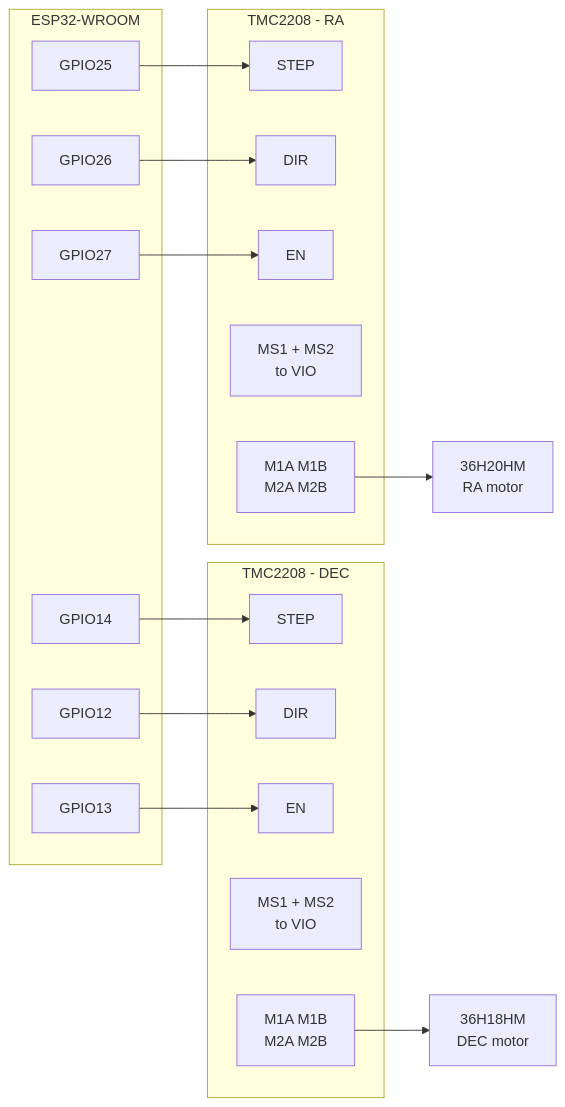
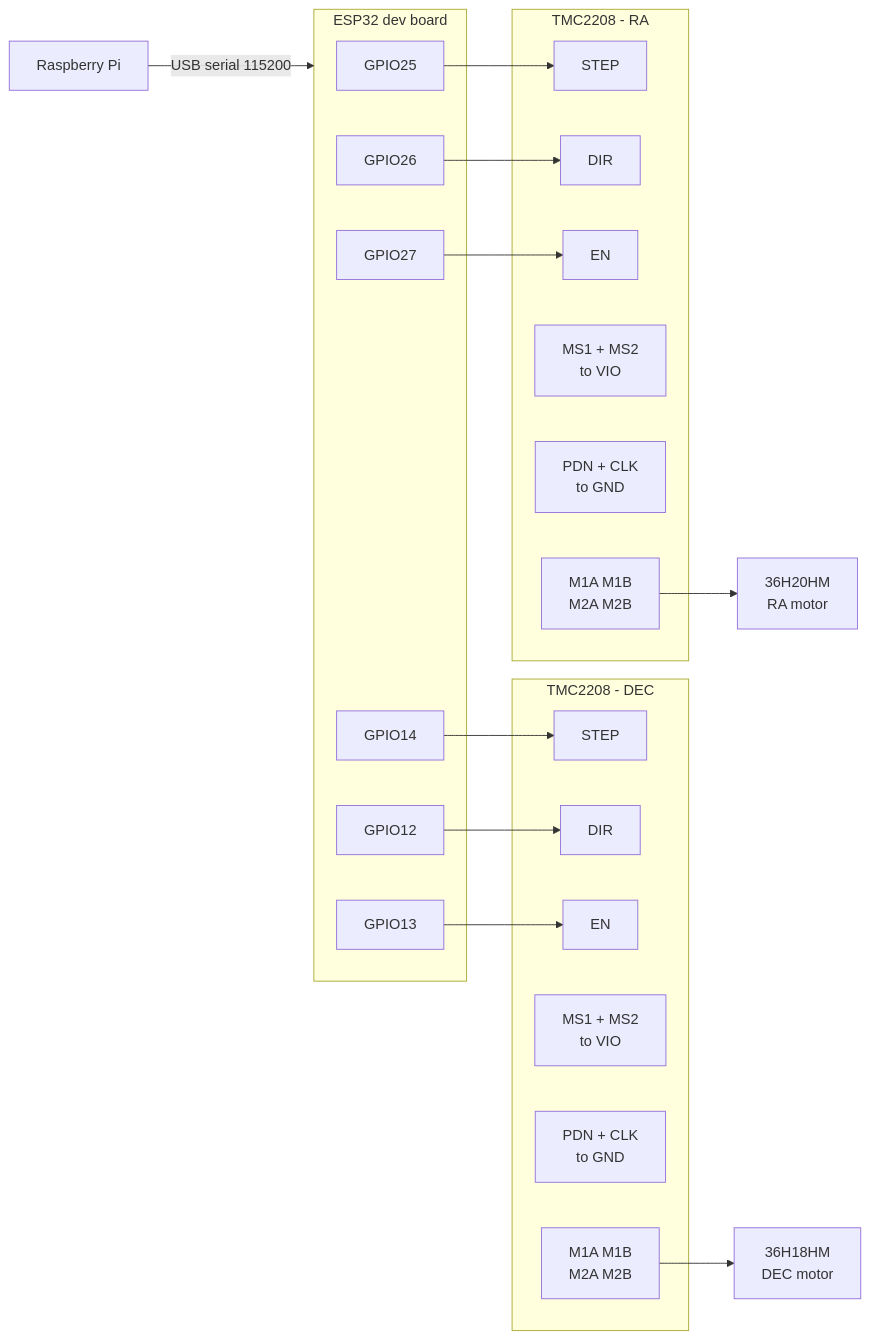
One commit to 0denko/AstroDrive changed the second of 2 diagrams in HARDWARE.md. Above: the diagram before and after it, drawn with Mermaid. The commit also changed other lines of this file, not shown here.

````diff
--- a/HARDWARE.md
+++ b/HARDWARE.md
@@ -72,33 +76,36 @@
 ```mermaid
 graph LR
-  subgraph ESP["ESP32-WROOM"]
+  PI["Raspberry Pi"] -->|"USB serial 115200"| ESP
+  subgraph ESP["ESP32 dev board"]
     P25["GPIO25"]
     P26["GPIO26"]
     P27["GPIO27"]
     P14["GPIO14"]
     P12["GPIO12"]
     P13["GPIO13"]
   end
   subgraph RA["TMC2208 - RA"]
     RS["STEP"]
     RD["DIR"]
     RE["EN"]
-    RM["MS1 + MS2<br/>to VIO"]
+    RMS["MS1 + MS2<br/>to VIO"]
+    RPC["PDN + CLK<br/>to GND"]
     RC["M1A M1B<br/>M2A M2B"]
   end
   subgraph DEC["TMC2208 - DEC"]
     DS["STEP"]
     DD["DIR"]
     DE["EN"]
-    DM["MS1 + MS2<br/>to VIO"]
+    DMS["MS1 + MS2<br/>to VIO"]
+    DPC["PDN + CLK<br/>to GND"]
     DC["M1A M1B<br/>M2A M2B"]
   end
   P25 --> RS
   P26 --> RD
   P27 --> RE
   P14 --> DS
   P12 --> DD
   P13 --> DE
   RC --> M1["36H20HM<br/>RA motor"]
   DC --> M2["36H18HM<br/>DEC motor"]
 ```
````
